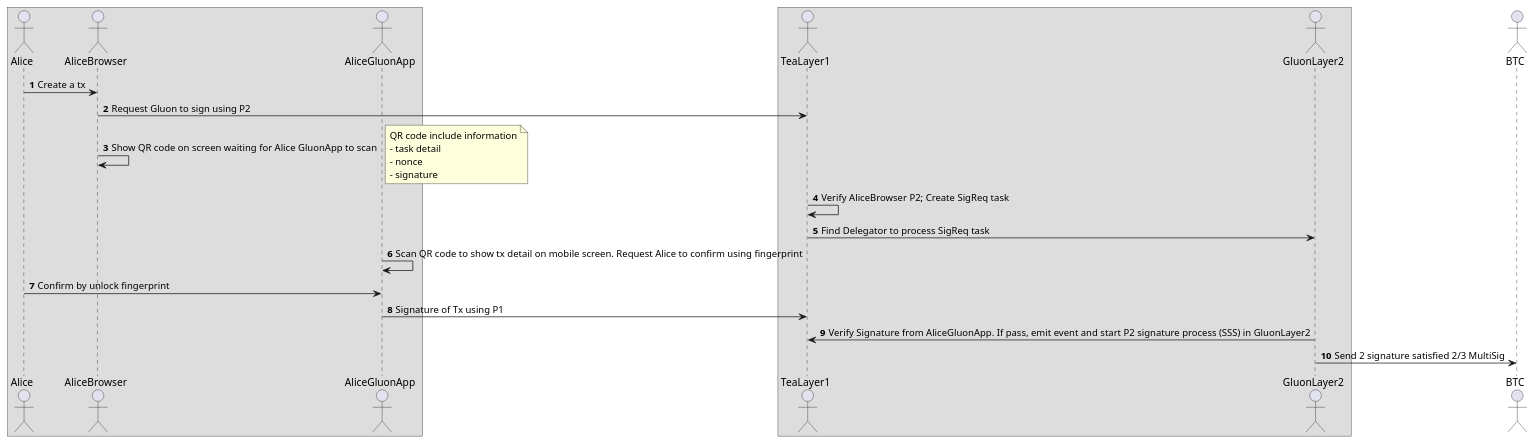
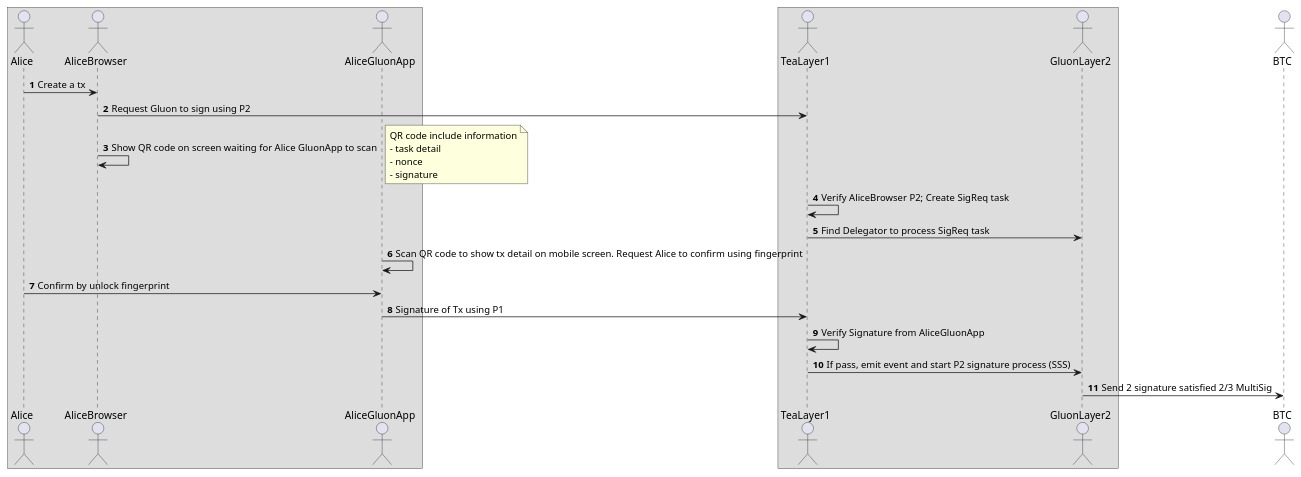
The third of 4 diagrams in Design/Key_management_design.md (tearust/gluon-docs), drawn with PlantUML before and after one commit.

````diff
--- a/Design/Key_management_design.md
+++ b/Design/Key_management_design.md
@@ -204,34 +204,35 @@
 ```puml
 @startuml
 autonumber
 box
 actor Alice
 actor AliceBrowser
 actor AliceGluonApp
 endbox
 box
 actor TeaLayer1
 actor GluonLayer2
 endbox
 
 actor BTC
 
 Alice -> AliceBrowser: Create a tx
 AliceBrowser -> TeaLayer1: Request Gluon to sign using P2
 AliceBrowser -> AliceBrowser: Show QR code on screen waiting for Alice GluonApp to scan
 note right
 QR code include information
 - task detail
 - nonce
 - signature
 end note
 
 TeaLayer1 -> TeaLayer1: Verify AliceBrowser P2; Create SigReq task
 TeaLayer1->GluonLayer2: Find Delegator to process SigReq task
 AliceGluonApp -> AliceGluonApp: Scan QR code to show tx detail on mobile screen. Request Alice to confirm using fingerprint
 Alice -> AliceGluonApp: Confirm by unlock fingerprint
 AliceGluonApp -> TeaLayer1: Signature of Tx using P1
-GluonLayer2 -> TeaLayer1: Verify Signature from AliceGluonApp. If pass, emit event and start P2 signature process (SSS) in GluonLayer2
+TeaLayer1 -> TeaLayer1: Verify Signature from AliceGluonApp
+TeaLayer1 -> GluonLayer2: If pass, emit event and start P2 signature process (SSS) 
 GluonLayer2 -> BTC: Send 2 signature satisfied 2/3 MultiSig
 @enduml
 ```
````
